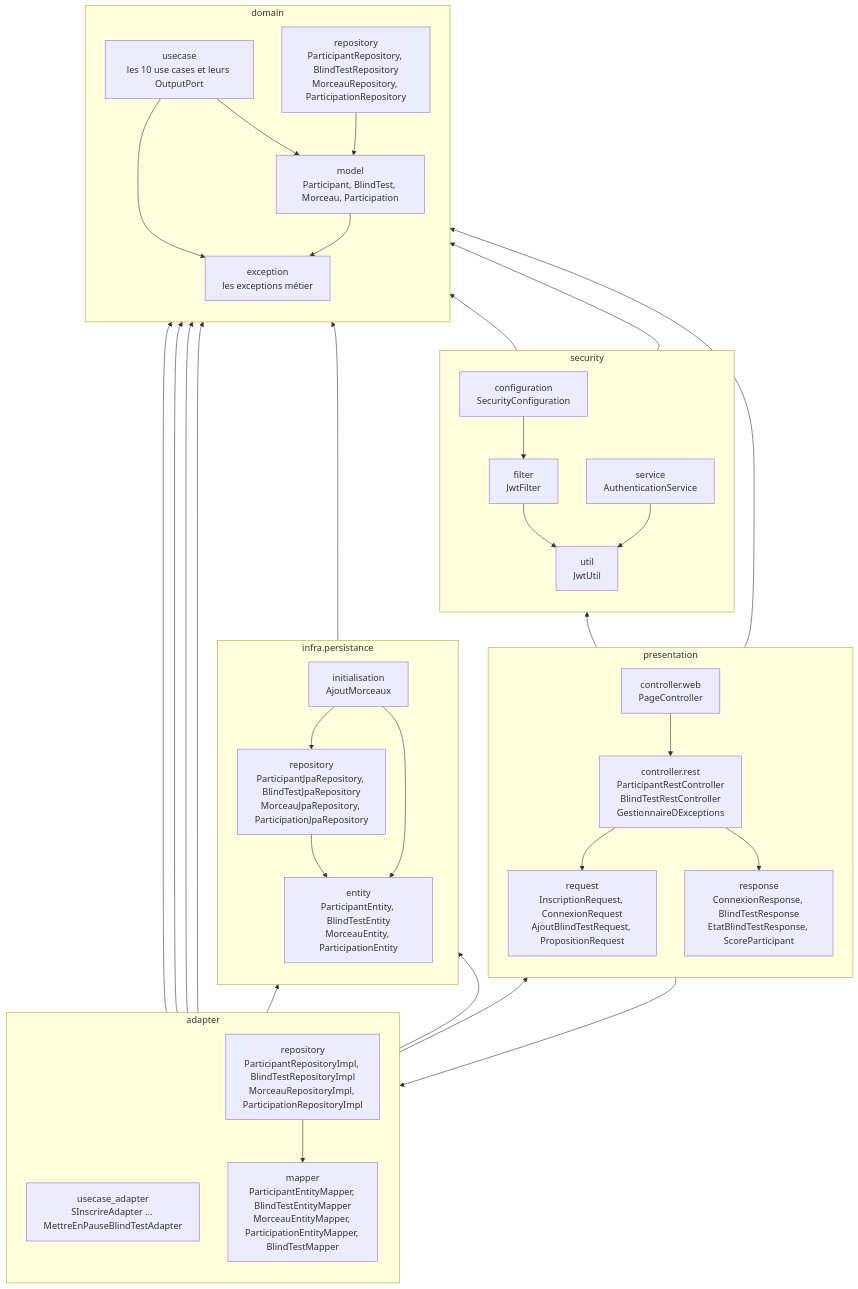
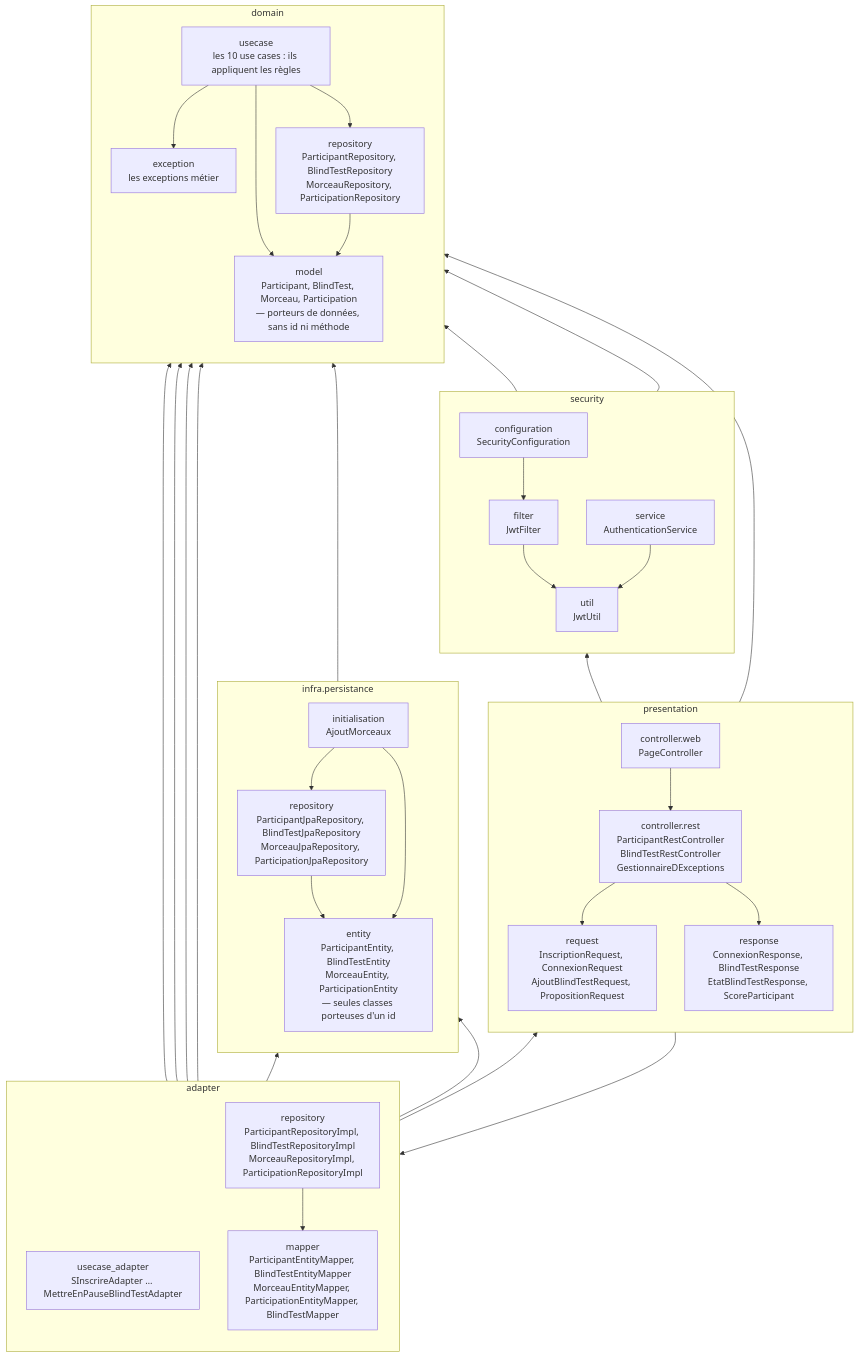
Before and after one commit to 8alex62/BlindTest: the first of 3 diagrams in blindTest/docs/architecture.md, drawn with Mermaid. The commit also changed other lines of this file and 1 other file, not shown here.

````diff
--- a/blindTest/docs/architecture.md
+++ b/blindTest/docs/architecture.md
@@ -8,72 +8,72 @@
 ```mermaid
 flowchart BT
     subgraph presentation["presentation"]
         direction TB
         rest["controller.rest<br/>ParticipantRestController<br/>BlindTestRestController<br/>GestionnaireDExceptions"]
         web["controller.web<br/>PageController"]
         requete["request<br/>InscriptionRequest, ConnexionRequest<br/>AjoutBlindTestRequest, PropositionRequest"]
         reponse["response<br/>ConnexionResponse, BlindTestResponse<br/>EtatBlindTestResponse, ScoreParticipant"]
     end
 
     subgraph securite["security"]
         direction TB
         config["configuration<br/>SecurityConfiguration"]
         filtre["filter<br/>JwtFilter"]
         service["service<br/>AuthenticationService"]
         util["util<br/>JwtUtil"]
     end
 
     subgraph infra["infra.persistance"]
         direction TB
-        entity["entity<br/>ParticipantEntity, BlindTestEntity<br/>MorceauEntity, ParticipationEntity"]
+        entity["entity<br/>ParticipantEntity, BlindTestEntity<br/>MorceauEntity, ParticipationEntity<br/>— seules classes porteuses d'un id"]
         jpa["repository<br/>ParticipantJpaRepository, BlindTestJpaRepository<br/>MorceauJpaRepository, ParticipationJpaRepository"]
         init["initialisation<br/>AjoutMorceaux"]
     end
 
     subgraph adapter["adapter"]
         direction TB
         ucAdapter["usecase_adapter<br/>SInscrireAdapter … MettreEnPauseBlindTestAdapter"]
         mapper["mapper<br/>ParticipantEntityMapper, BlindTestEntityMapper<br/>MorceauEntityMapper, ParticipationEntityMapper, BlindTestMapper"]
         repoImpl["repository<br/>ParticipantRepositoryImpl, BlindTestRepositoryImpl<br/>MorceauRepositoryImpl, ParticipationRepositoryImpl"]
     end
 
     subgraph domain["domain"]
         direction TB
-        model["model<br/>Participant, BlindTest, Morceau, Participation"]
-        usecase["usecase<br/>les 10 use cases et leurs OutputPort"]
+        model["model<br/>Participant, BlindTest, Morceau, Participation<br/>— porteurs de données, sans id ni méthode"]
+        usecase["usecase<br/>les 10 use cases : ils appliquent les règles"]
         port["repository<br/>ParticipantRepository, BlindTestRepository<br/>MorceauRepository, ParticipationRepository"]
         exception["exception<br/>les exceptions métier"]
     end
 
     usecase --> model
     usecase --> exception
+    usecase --> port
     port --> model
-    model --> exception
 
     ucAdapter --> usecase
     ucAdapter --> port
     repoImpl --> port
     repoImpl --> jpa
     repoImpl --> mapper
     mapper --> model
     mapper --> entity
     mapper --> reponse
 
     entity --> model
     jpa --> entity
     init --> entity
     init --> jpa
 
     rest --> usecase
     rest --> requete
     rest --> reponse
     rest --> mapper
     rest --> service
     web --> rest
 
     filtre --> util
     filtre --> model
     config --> filtre
     service --> util
     service --> model
 ```
````
